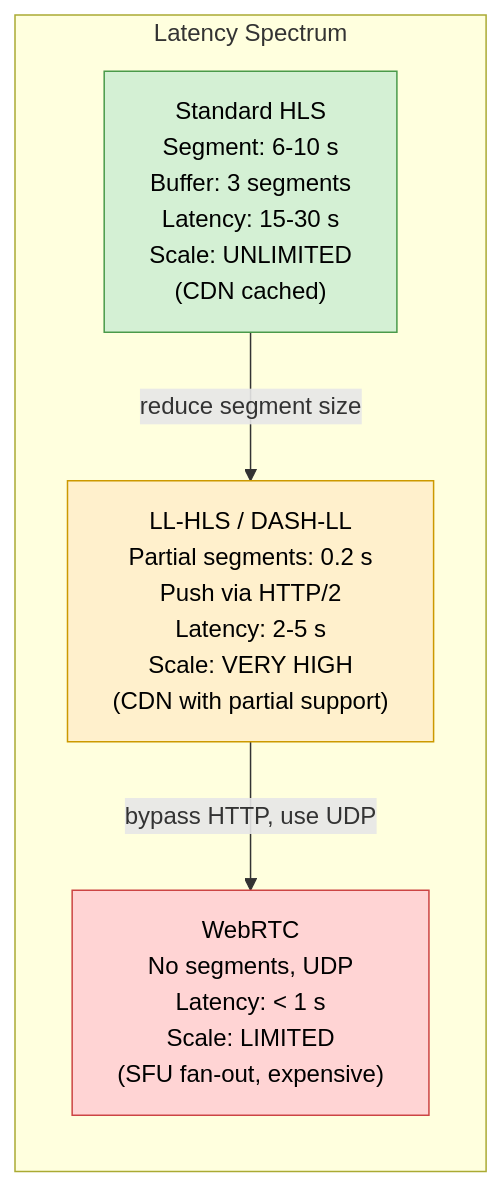
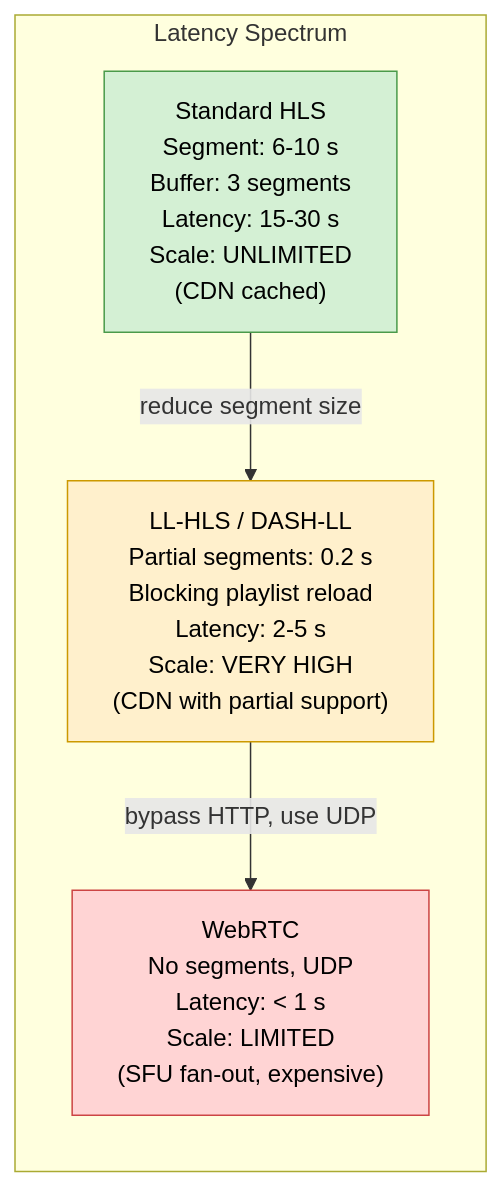
The third of 6 diagrams in Bonus-Real-World-Architectures/25-Live-Streaming/README.md (Ankan1998/learn-system-design), drawn with Mermaid before and after one commit. The commit also changed other lines of this file and 139 other files, not shown here.

````diff
--- a/Bonus-Real-World-Architectures/25-Live-Streaming/README.md
+++ b/Bonus-Real-World-Architectures/25-Live-Streaming/README.md
@@ -262,15 +266,15 @@
 ```mermaid
 flowchart LR
     subgraph LatencySpectrum["Latency Spectrum"]
         HLS["Standard HLS<br/>Segment: 6-10 s<br/>Buffer: 3 segments<br/>Latency: 15-30 s<br/>Scale: UNLIMITED<br/>(CDN cached)"]:::tier1
-        LLHLS["LL-HLS / DASH-LL<br/>Partial segments: 0.2 s<br/>Push via HTTP/2<br/>Latency: 2-5 s<br/>Scale: VERY HIGH<br/>(CDN with partial support)"]:::tier2
+        LLHLS["LL-HLS / DASH-LL<br/>Partial segments: 0.2 s<br/>Blocking playlist reload<br/>Latency: 2-5 s<br/>Scale: VERY HIGH<br/>(CDN with partial support)"]:::tier2
         WebRTC["WebRTC<br/>No segments, UDP<br/>Latency: < 1 s<br/>Scale: LIMITED<br/>(SFU fan-out, expensive)"]:::tier3
     end
 
     HLS -->|reduce segment size| LLHLS
     LLHLS -->|bypass HTTP, use UDP| WebRTC
 
     classDef tier1 fill:#d4f0d4,stroke:#4a9a4a,color:#000
     classDef tier2 fill:#fff0cc,stroke:#cc9900,color:#000
     classDef tier3 fill:#ffd4d4,stroke:#cc4444,color:#000
 ```
````
